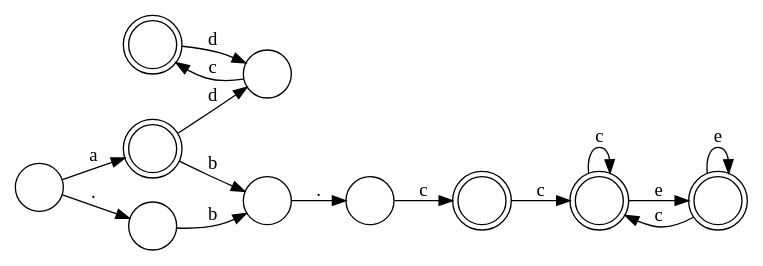
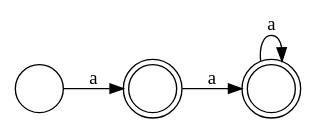
The diagram in test.dot (leegao/LuaInLua), drawn with Graphviz before and after one commit. The commit also changed 2 other files, not shown here.

```diff
--- a/test.dot
+++ b/test.dot
@@ -1,20 +1,9 @@
 digraph {
   rankdir=LR;
   size="8,5"
-  node[shape=doublecircle,label=""]; 4 8 7 2 9;
+  node[shape=doublecircle,label=""]; 2 3;
   node[shape=circle,label=""];
-  4 -> 3[label="d"];
-  8 -> 9[label="e"];
-  8 -> 8[label="c"];
+  2 -> 3[label="a"];
   1 -> 2[label="a"];
-  1 -> 10[label="."];
-  5 -> 6[label="."];
-  9 -> 9[label="e"];
-  9 -> 8[label="c"];
-  6 -> 7[label="c"];
-  3 -> 4[label="c"];
-  7 -> 8[label="c"];
-  2 -> 3[label="d"];
-  2 -> 5[label="b"];
-  10 -> 5[label="b"];
+  3 -> 3[label="a"];
 }
```
